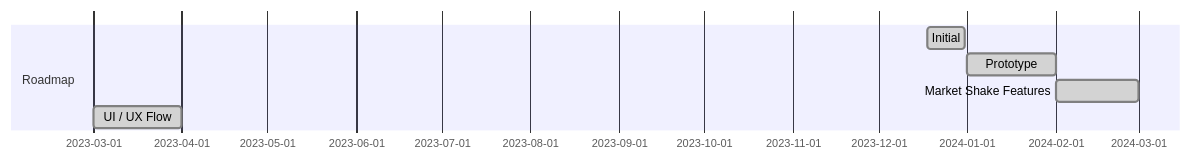
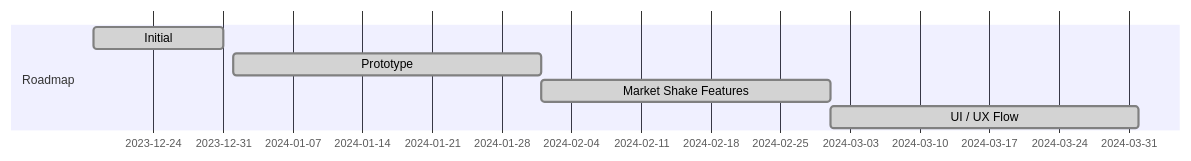
The diagram in README.md (lyskouski/app-entertainment), drawn with Mermaid before and after one commit. The commit also changed 34 other files, not shown here.

````diff
--- a/README.md
+++ b/README.md
@@ -11,8 +11,8 @@
 ```mermaid
 gantt
   section Roadmap
   Initial                 :done, dis1, 2023-12-18, 13d
   Prototype               :done, dis2, 2024-01-01, 1M
   Market Shake Features   :done, dis3, 2024-02-01, 1M
-  UI / UX Flow            :done, dis4, 2023-03-01, 1M
+  UI / UX Flow            :done, dis4, 2024-03-01, 1M
 ```
````
